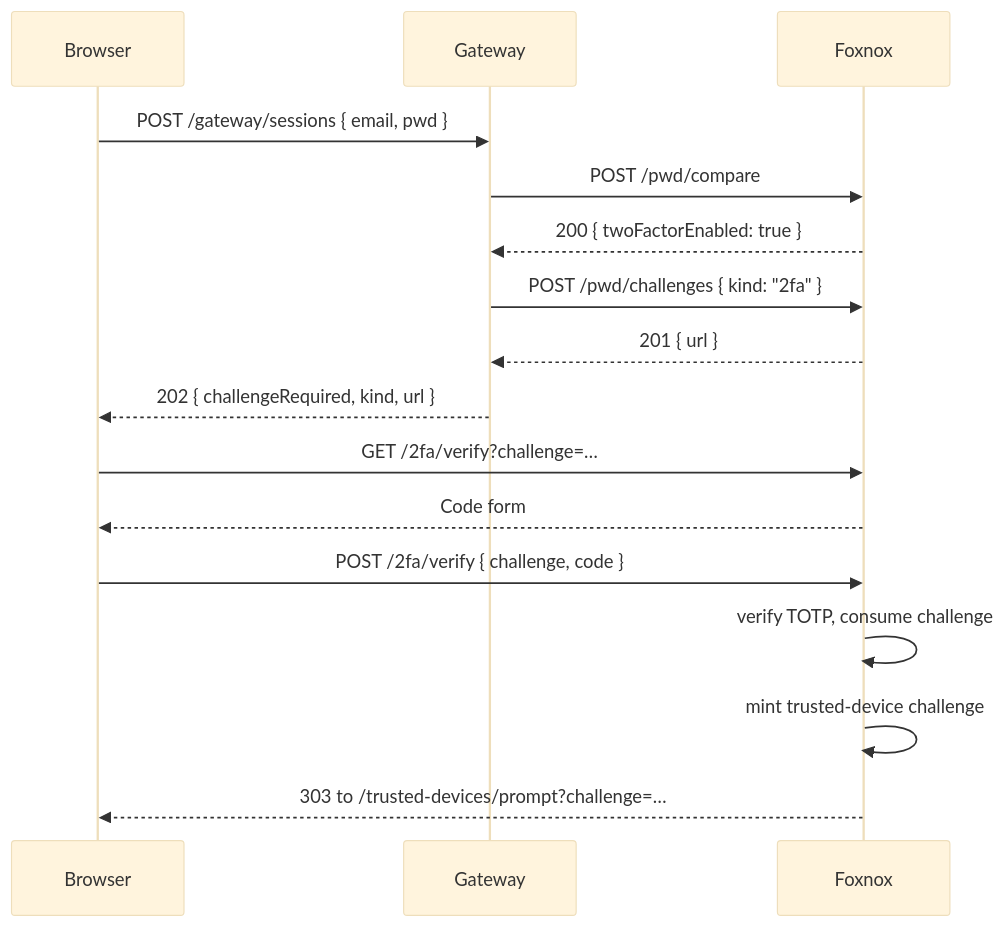
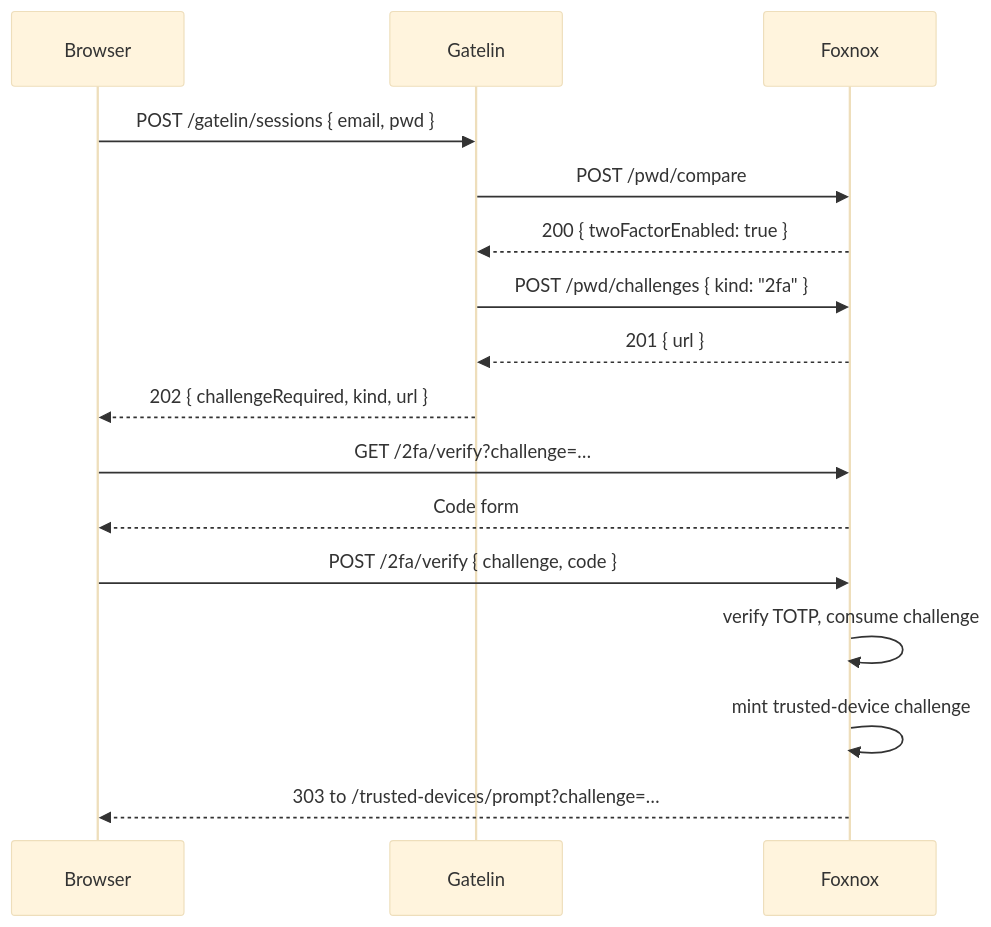
One commit to ALTEN-group/Foxnox changed the diagram in website/docs/guide/workflow-twofa.md. Above: the diagram before and after it, drawn with Mermaid (base theme). The commit also changed other lines of this file and 88 other files, not shown here.

````diff
--- a/website/docs/guide/workflow-twofa.md
+++ b/website/docs/guide/workflow-twofa.md
@@ -21,20 +21,20 @@
 ```mermaid
 sequenceDiagram
     participant B as Browser
-    participant G as Gateway
+    participant G as Gatelin
     participant F as Foxnox
 
-    B->>G: POST /gateway/sessions { email, pwd }
+    B->>G: POST /gatelin/sessions { email, pwd }
     G->>F: POST /pwd/compare
     F-->>G: 200 { twoFactorEnabled: true }
     G->>F: POST /pwd/challenges { kind: "2fa" }
     F-->>G: 201 { url }
     G-->>B: 202 { challengeRequired, kind, url }
 
     B->>F: GET /2fa/verify?challenge=…
     F-->>B: Code form
     B->>F: POST /2fa/verify { challenge, code }
     F->>F: verify TOTP, consume challenge
     F->>F: mint trusted-device challenge
     F-->>B: 303 to /trusted-devices/prompt?challenge=…
 ```
````
